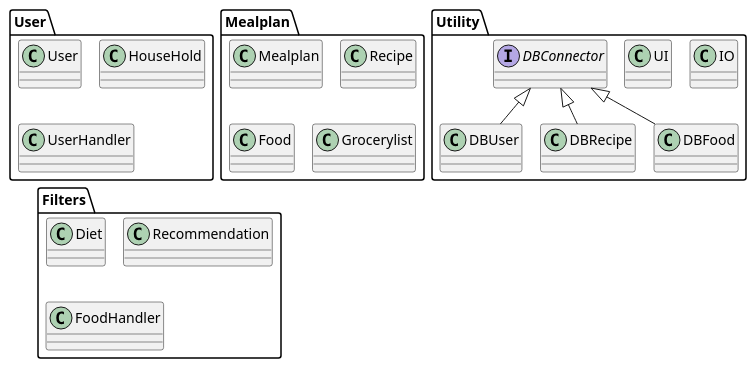
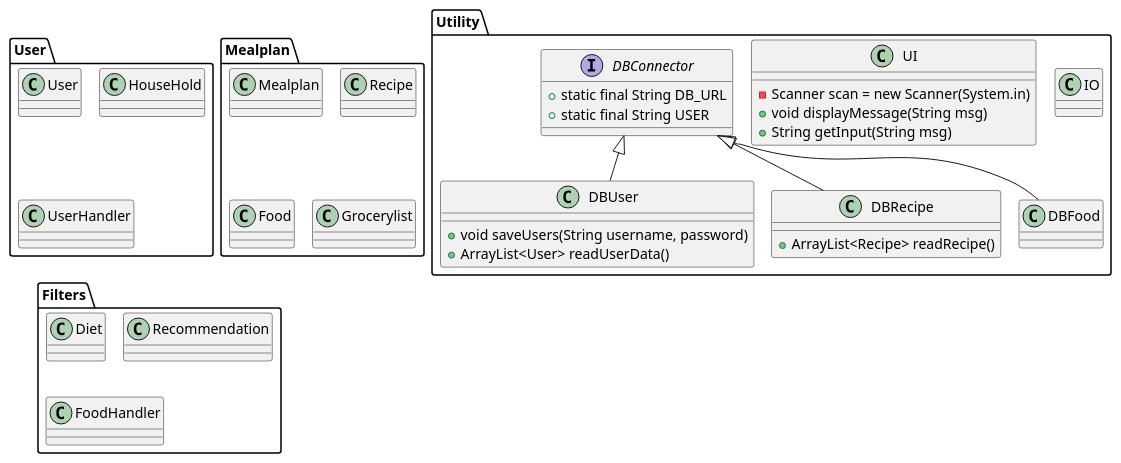
Before and after one commit to lassekh/ICE: the diagram in Documents/Class Diagram.puml, drawn with PlantUML. The commit also changed 1 other file, not shown here.

Commit message:
Class Diagram

```diff
--- a/Documents/Class Diagram.puml
+++ b/Documents/Class Diagram.puml
@@ -1,39 +1,51 @@
 @startuml
 'https://plantuml.com/class-diagram
 !pragma layout smetana
 
 Package User{
 class User
 class HouseHold
 class UserHandler
 }
 
 Package Mealplan{
 class Mealplan
 class Recipe
 class Food
 class Grocerylist
 }
 
 Package Filters{
 class Diet
 class Recommendation
 class FoodHandler
 }
 
 
 
 Package Utility{
 class IO
 class UI
 interface DBConnector
 class DBUser
 class DBRecipe
 class DBFood
+
+UI : - Scanner scan = new Scanner(System.in)
+UI : + void displayMessage(String msg)
+UI : + String getInput(String msg)
+
+DBConnector : + static final String DB_URL
+DBConnector : + static final String USER
+DBUser : + void saveUsers(String username, password)
+DBUser : + ArrayList<User> readUserData()
+
+DBRecipe : + ArrayList<Recipe> readRecipe()
+
 }
 
 'Label on relations
 DBConnector <|-- DBUser
 DBConnector <|-- DBRecipe
 DBConnector <|-- DBFood
 @enduml
```
